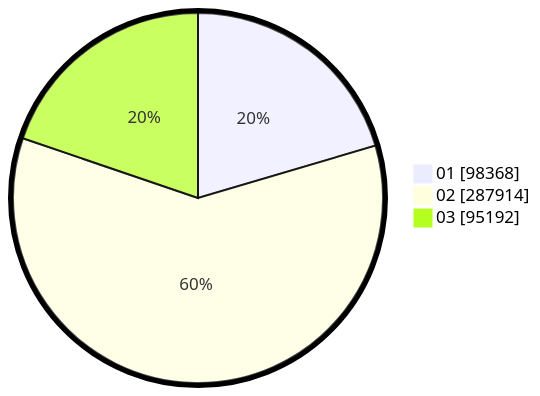
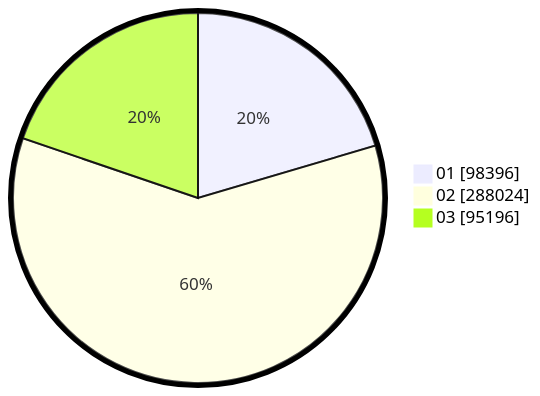
Before and after one commit to gigit-pemilu/pemilu-2024: the second of 2 diagrams in pilpres/hitung-suara/sub/table-wilayah-99.md, drawn with Mermaid. The commit also changed other lines of this file and 8 other files, not shown here.

````diff
--- a/pilpres/hitung-suara/sub/table-wilayah-99.md
+++ b/pilpres/hitung-suara/sub/table-wilayah-99.md
@@ -15,7 +15,7 @@
 ```mermaid
 %%{init: {"pie": {"textPosition": 0.5}, "themeVariables": {"pieOuterStrokeWidth": "5px"}} }%%
 pie showData
-    "01" : 98368
-    "02" : 287914
-    "03" : 95192
+    "01" : 98396
+    "02" : 288024
+    "03" : 95196
 ```
````
